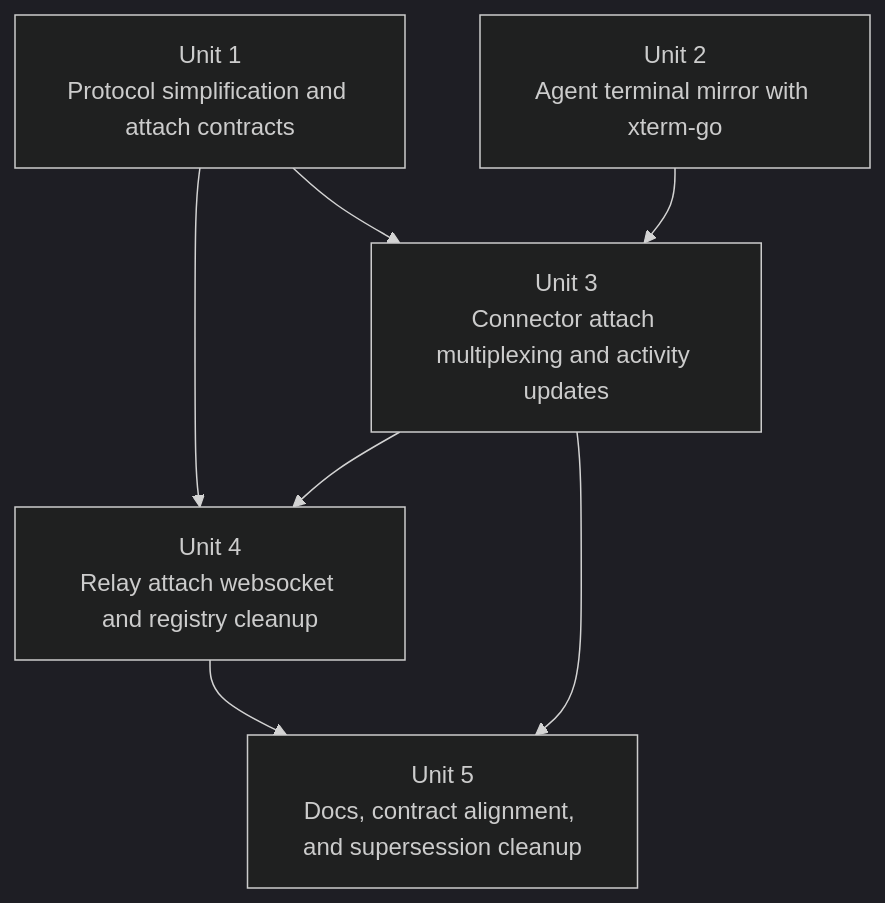
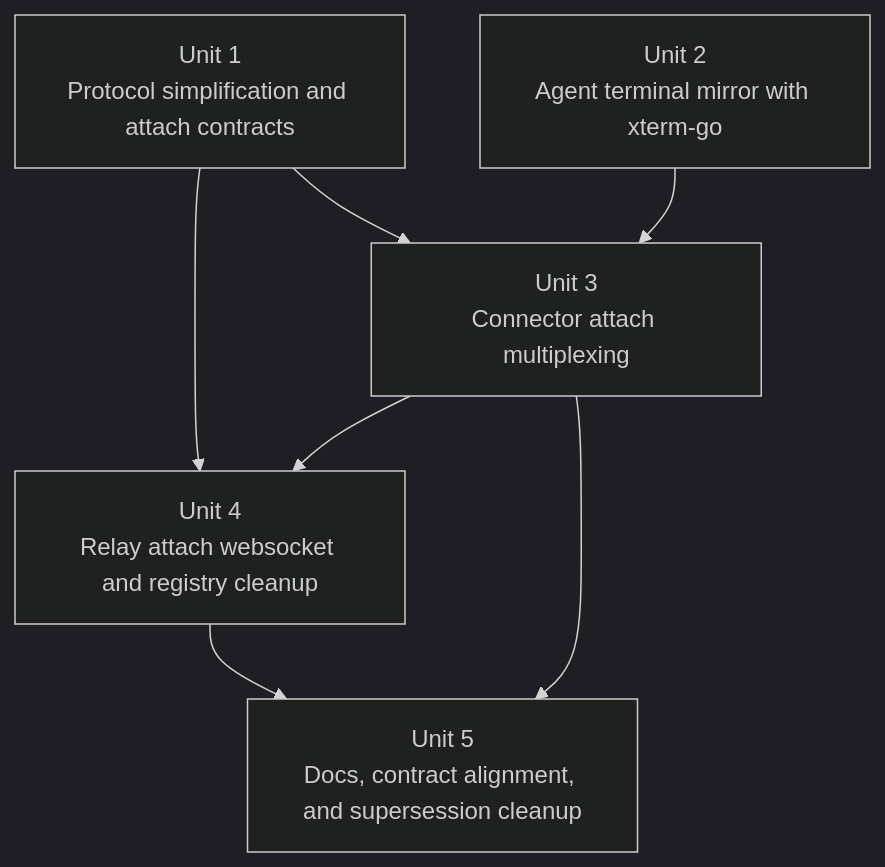
One commit to yuanbohan/agent-tunnel changed the second of 2 diagrams in docs/plans/2026-04-09-002-feat-session-attach-terminal-mirror-plan.md. Above: the diagram before and after it, drawn with Mermaid (dark theme). The commit also changed other lines of this file and 18 other files, not shown here.

````diff
--- a/docs/plans/2026-04-09-002-feat-session-attach-terminal-mirror-plan.md
+++ b/docs/plans/2026-04-09-002-feat-session-attach-terminal-mirror-plan.md
@@ -164,15 +163,15 @@
 ```mermaid
 flowchart TB
     U1[Unit 1\nProtocol simplification and attach contracts]
     U2[Unit 2\nAgent terminal mirror with xterm-go]
-    U3[Unit 3\nConnector attach multiplexing and activity updates]
+    U3[Unit 3\nConnector attach multiplexing]
     U4[Unit 4\nRelay attach websocket and registry cleanup]
     U5[Unit 5\nDocs, contract alignment, and supersession cleanup]
 
     U1 --> U3
     U2 --> U3
     U1 --> U4
     U3 --> U4
     U4 --> U5
     U3 --> U5
 ```
````
